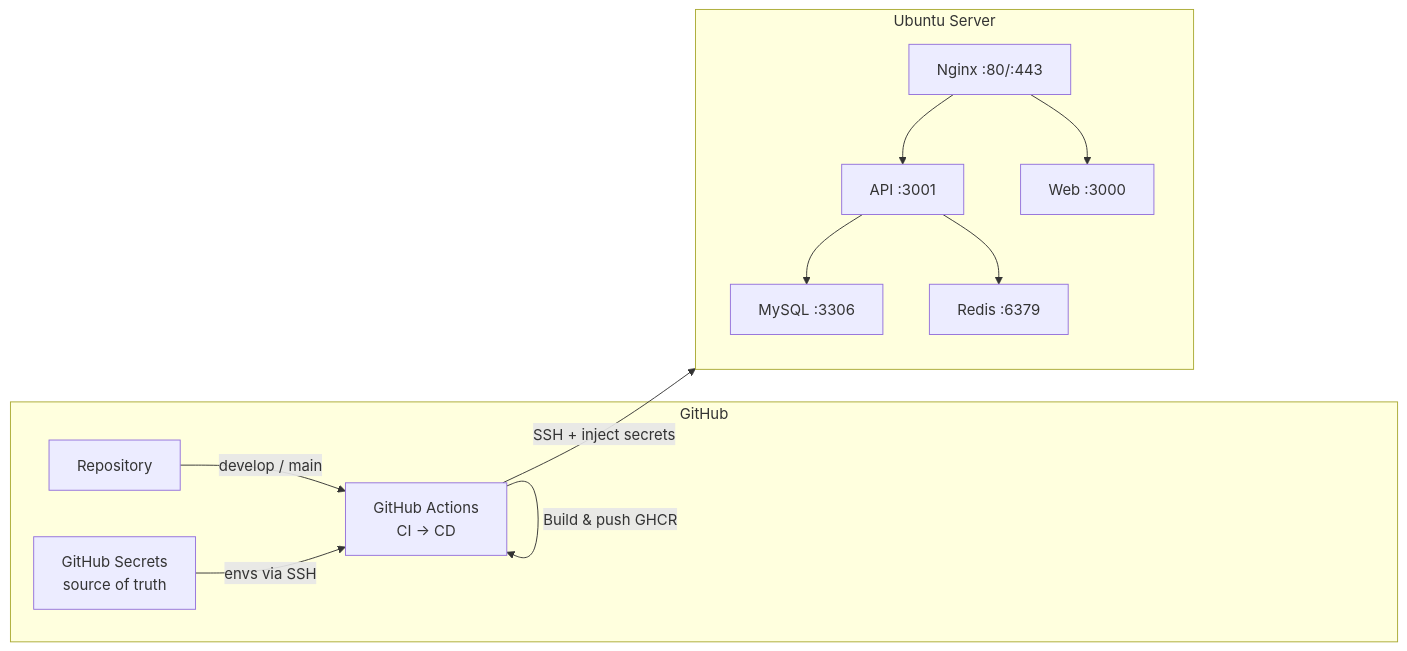
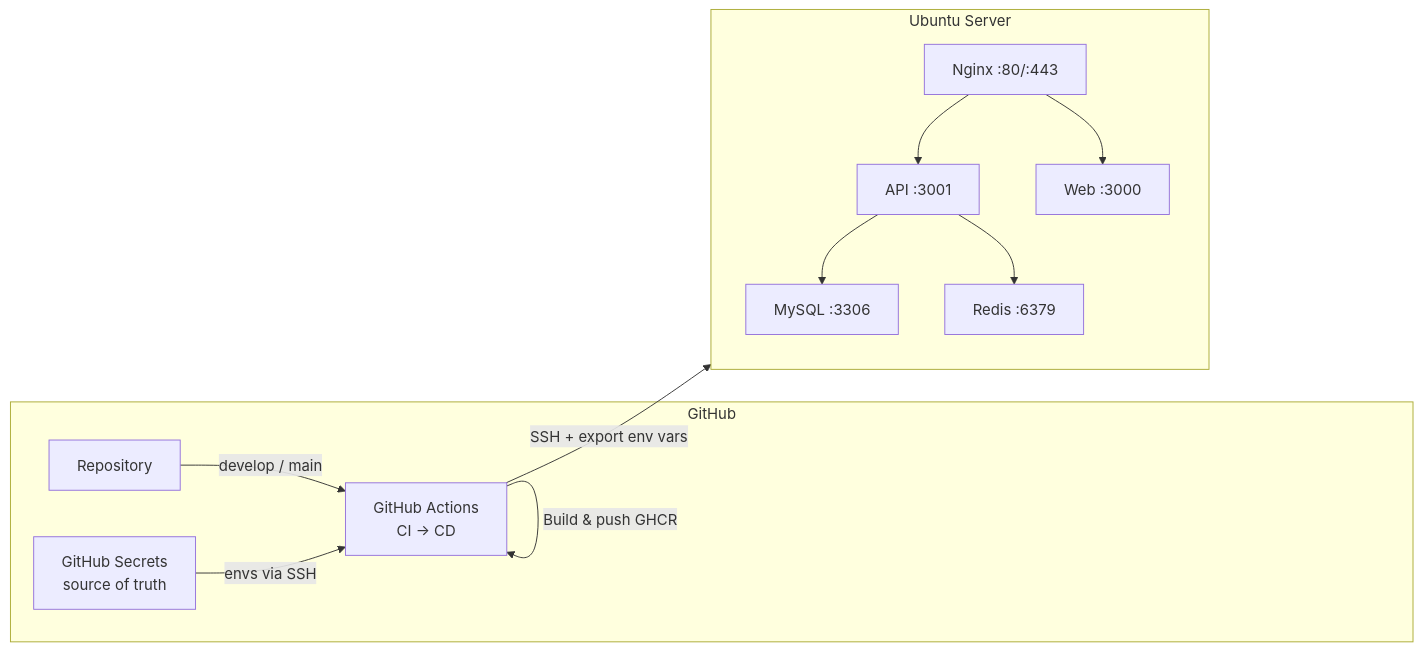
The first of 2 diagrams in docs/deployment.md (Aleksei-Michnik/myfinpro), drawn with Mermaid before and after one commit. The commit also changed other lines of this file and 12 other files, not shown here.

First line of the commit message:
feat(infra): SSL-only deployment with domain secrets, no .env files

````diff
--- a/docs/deployment.md
+++ b/docs/deployment.md
@@ -340,26 +376,26 @@
 ```mermaid
 flowchart LR
     subgraph GitHub
         Repo[Repository]
         Secrets[GitHub Secrets<br/>source of truth]
         Actions[GitHub Actions<br/>CI → CD]
     end
 
     subgraph Server[Ubuntu Server]
         Nginx[Nginx :80/:443]
         API[API :3001]
         Web[Web :3000]
         MySQL[MySQL :3306]
         Redis[Redis :6379]
     end
 
     Repo -->|develop / main| Actions
     Actions -->|Build & push GHCR| Actions
-    Actions -->|SSH + inject secrets| Server
+    Actions -->|SSH + export env vars| Server
     Secrets -->|envs via SSH| Actions
 
     Nginx --> API
     Nginx --> Web
     API --> MySQL
     API --> Redis
 ```
````
